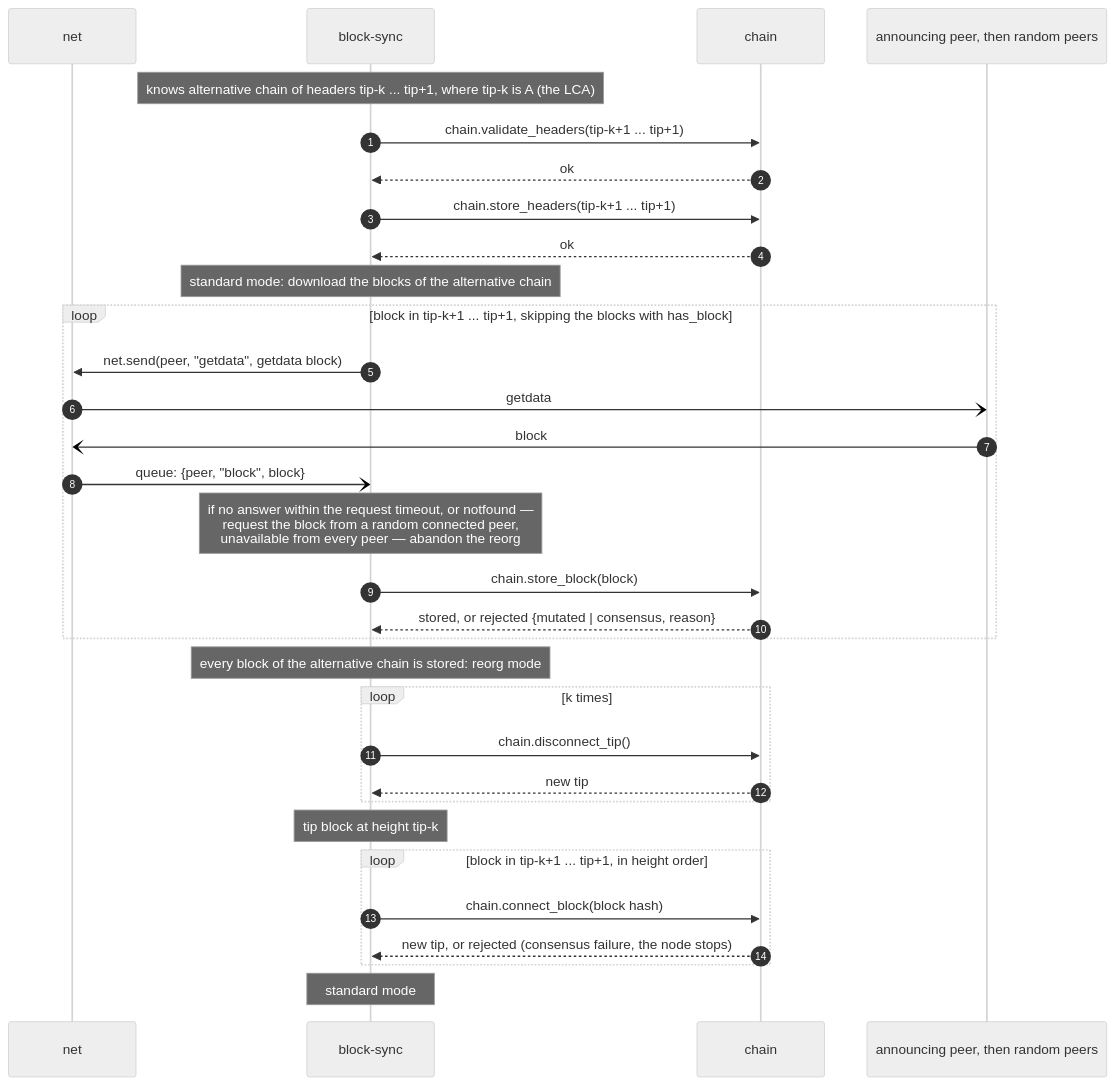
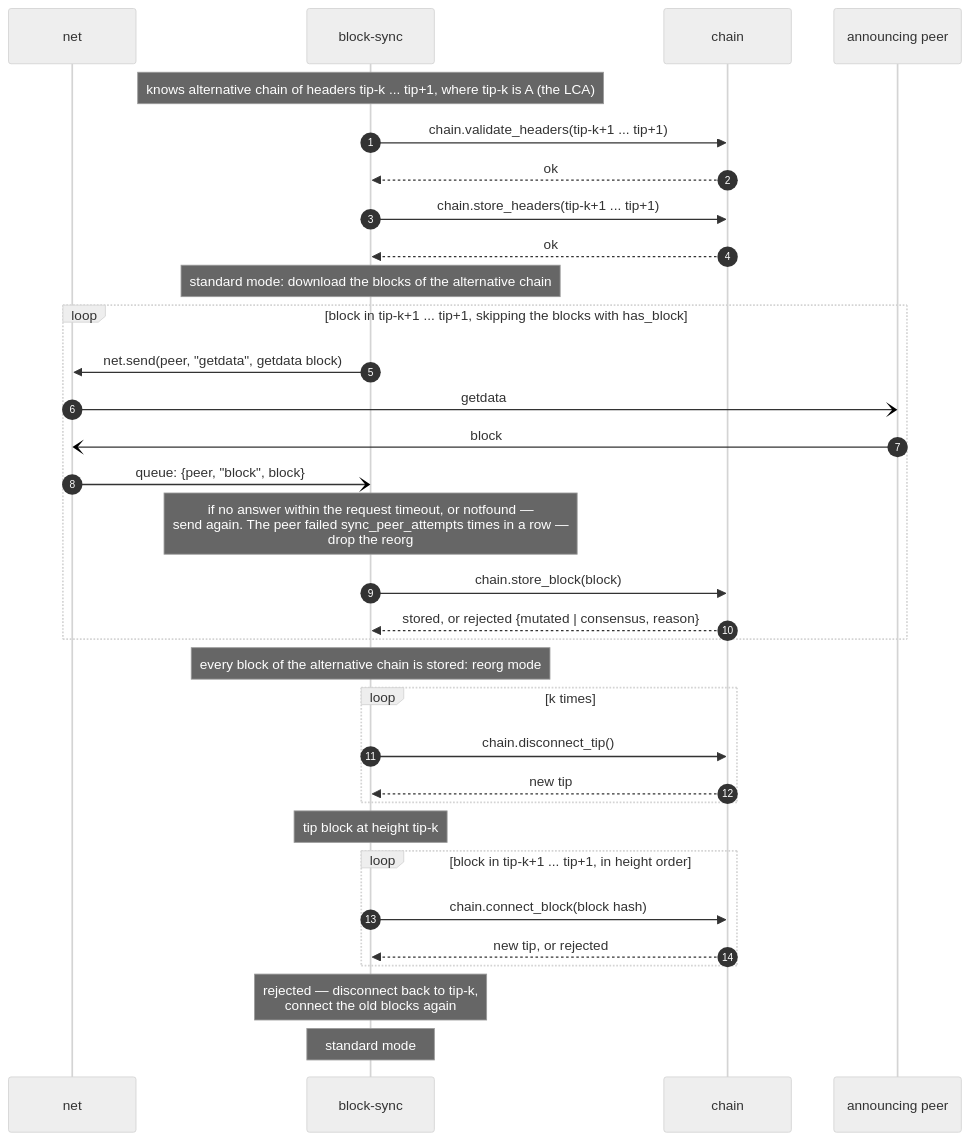
Before and after one commit to VakthundBTC/vakthund: the diagram in docs/flows/mode-reorg.md, drawn with Mermaid (neutral theme). The commit also changed other lines of this file and 6 other files, not shown here.

Commit message:
add block-sync spec.

````diff
--- a/docs/flows/mode-reorg.md
+++ b/docs/flows/mode-reorg.md
@@ -35,34 +44,35 @@
 ```mermaid
 sequenceDiagram
     autonumber
     participant N as net
     participant BS as block-sync
     participant C as chain
-    participant P as announcing peer, then random peers
+    participant P as announcing peer
     Note over BS: knows alternative chain of headers tip-k ... tip+1, where tip-k is A (the LCA)
     BS ->> C: chain.validate_headers(tip-k+1 ... tip+1)
     C -->> BS: ok
     BS ->> C: chain.store_headers(tip-k+1 ... tip+1)
     C -->> BS: ok
     Note over BS: standard mode: download the blocks of the alternative chain
     loop block in tip-k+1 ... tip+1, skipping the blocks with has_block
         BS ->> N: net.send(peer, "getdata", getdata block)
         N -) P: getdata
         P -) N: block
         N -) BS: queue: {peer, "block", block}
-        Note over BS: if no answer within the request timeout, or notfound —<br/>request the block from a random connected peer,<br/>unavailable from every peer — abandon the reorg
+        Note over BS: if no answer within the request timeout, or notfound —<br/>send again. The peer failed sync_peer_attempts times in a row —<br/>drop the reorg
         BS ->> C: chain.store_block(block)
         C -->> BS: stored, or rejected {mutated | consensus, reason}
     end
     Note over BS: every block of the alternative chain is stored: reorg mode
     loop k times
         BS ->> C: chain.disconnect_tip()
         C -->> BS: new tip
     end
     Note over BS: tip block at height tip-k
     loop block in tip-k+1 ... tip+1, in height order
         BS ->> C: chain.connect_block(block hash)
-        C -->> BS: new tip, or rejected (consensus failure, the node stops)
+        C -->> BS: new tip, or rejected
     end
+    Note over BS: rejected — disconnect back to tip-k,<br/>connect the old blocks again
     Note over BS: standard mode
 ```
````
